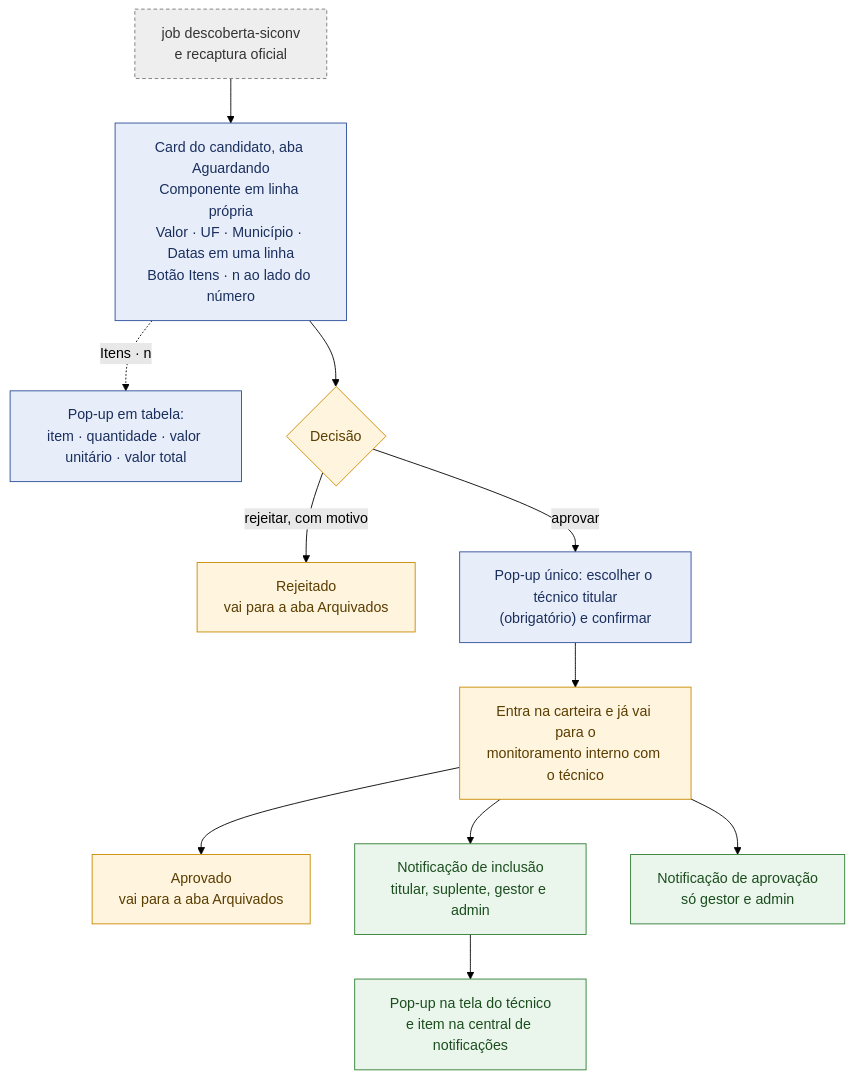
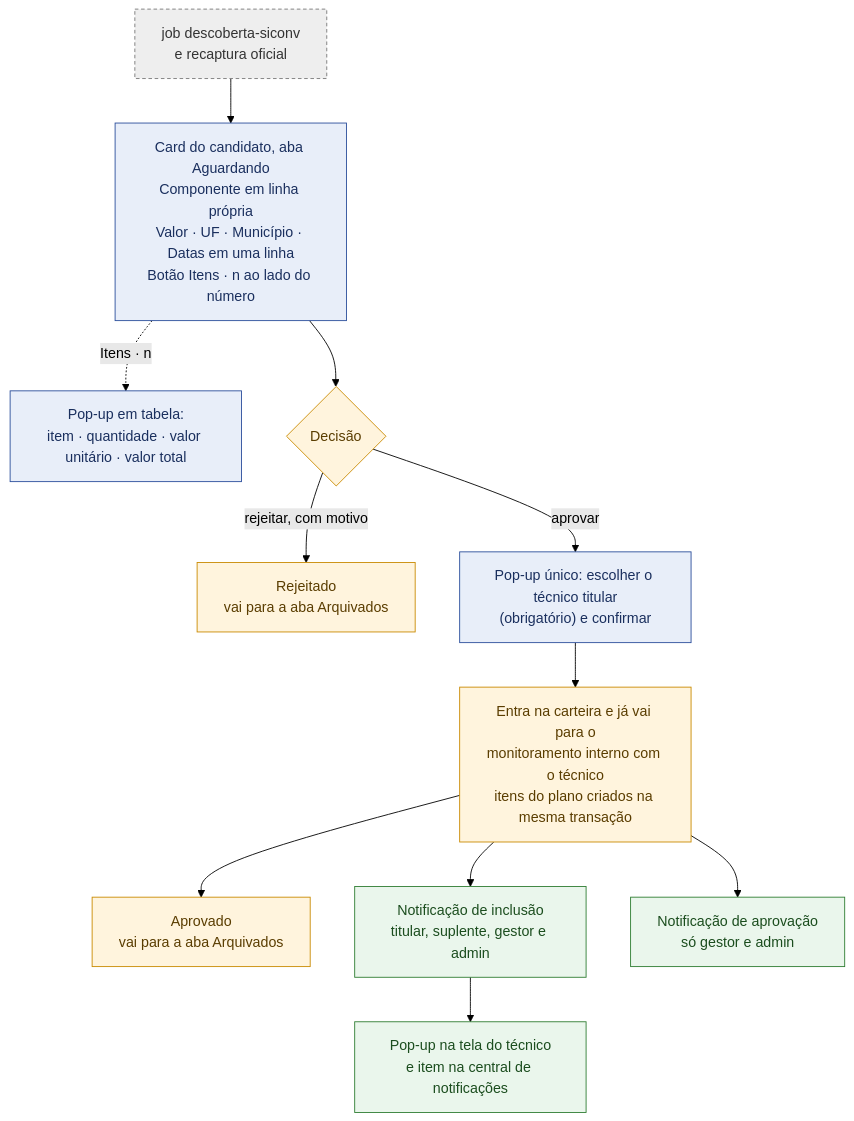
The tenth of 11 diagrams in docs/arquitetura/mapa-monitoramento-interno-2026-11-19.md (devs-ministerio/par_equipamentos), drawn with Mermaid (forest theme) before and after one commit. The commit also changed other lines of this file and 23 other files, not shown here.

````diff
--- a/docs/arquitetura/mapa-monitoramento-interno-2026-11-19.md
+++ b/docs/arquitetura/mapa-monitoramento-interno-2026-11-19.md
@@ -295,18 +296,18 @@
 ```mermaid
 flowchart TB
     classDef job fill:#EEE,stroke:#777,color:#333,stroke-dasharray:4 3
     classDef tela fill:#E8EEF9,stroke:#2A4D9B,color:#1a2f5e
     classDef regra fill:#FFF4DD,stroke:#C98A00,color:#5a3d00
     classDef aviso fill:#EAF6EC,stroke:#2E7D32,color:#1b4d1e
 
     J["job descoberta-siconv<br/>e recaptura oficial"]:::job --> CARD["Card do candidato, aba Aguardando<br/>Componente em linha própria<br/>Valor · UF · Município · Datas em uma linha<br/>Botão Itens · n ao lado do número"]:::tela
     CARD -. "Itens · n" .-> TAB["Pop-up em tabela:<br/>item · quantidade · valor unitário · valor total"]:::tela
     CARD --> D{"Decisão"}:::regra
     D -->|"rejeitar, com motivo"| REJ["Rejeitado<br/>vai para a aba Arquivados"]:::regra
     D -->|"aprovar"| DLG["Pop-up único: escolher o técnico titular<br/>(obrigatório) e confirmar"]:::tela
-    DLG --> MON["Entra na carteira e já vai para o<br/>monitoramento interno com o técnico"]:::regra
+    DLG --> MON["Entra na carteira e já vai para o<br/>monitoramento interno com o técnico<br/>itens do plano criados na mesma transação"]:::regra
     MON --> ARQ["Aprovado<br/>vai para a aba Arquivados"]:::regra
     MON --> N1["Notificação de inclusão<br/>titular, suplente, gestor e admin"]:::aviso
     N1 --> POP["Pop-up na tela do técnico<br/>e item na central de notificações"]:::aviso
     MON --> N2["Notificação de aprovação<br/>só gestor e admin"]:::aviso
 ```
````
